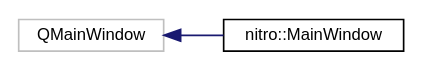
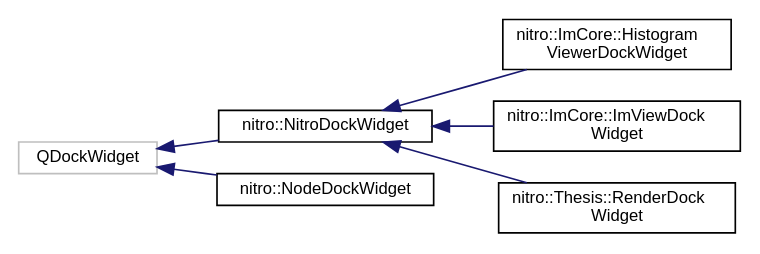
Before and after one commit to BugelNiels/nitro: the diagram in inherit_graph_8.dot, drawn with Graphviz. The commit also changed 458 other files, not shown here.

```diff
--- a/inherit_graph_8.dot
+++ b/inherit_graph_8.dot
@@ -1,10 +1,18 @@
 digraph "Graphical Class Hierarchy"
 {
  // LATEX_PDF_SIZE
   edge [fontname="Helvetica",fontsize="10",labelfontname="Helvetica",labelfontsize="10"];
   node [fontname="Helvetica",fontsize="10",shape=record];
   rankdir="LR";
-  Node86 [label="QMainWindow",height=0.2,width=0.4,color="grey75", fillcolor="white", style="filled",tooltip=" "];
-  Node86 -> Node0 [dir="back",color="midnightblue",fontsize="10",style="solid",fontname="Helvetica"];
-  Node0 [label="nitro::MainWindow",height=0.2,width=0.4,color="black", fillcolor="white", style="filled",URL="$dc/d7d/classnitro_1_1MainWindow.html",tooltip="The main window of the application. Contains the node editor, GUI dock widgets, file menu and footer."];
+  Node79 [label="QDockWidget",height=0.2,width=0.4,color="grey75", fillcolor="white", style="filled",tooltip=" "];
+  Node79 -> Node0 [dir="back",color="midnightblue",fontsize="10",style="solid",fontname="Helvetica"];
+  Node0 [label="nitro::NitroDockWidget",height=0.2,width=0.4,color="black", fillcolor="white", style="filled",URL="$de/df7/classnitro_1_1NitroDockWidget.html",tooltip="Dock widget used for custom GUI widgets. Provides basic functionality for constructing a (consistent)..."];
+  Node0 -> Node1 [dir="back",color="midnightblue",fontsize="10",style="solid",fontname="Helvetica"];
+  Node1 [label="nitro::ImCore::Histogram\lViewerDockWidget",height=0.2,width=0.4,color="black", fillcolor="white", style="filled",URL="$d7/dc4/classnitro_1_1ImCore_1_1HistogramViewerDockWidget.html",tooltip=" "];
+  Node0 -> Node2 [dir="back",color="midnightblue",fontsize="10",style="solid",fontname="Helvetica"];
+  Node2 [label="nitro::ImCore::ImViewDock\lWidget",height=0.2,width=0.4,color="black", fillcolor="white", style="filled",URL="$d8/d91/classnitro_1_1ImCore_1_1ImViewDockWidget.html",tooltip=" "];
+  Node0 -> Node3 [dir="back",color="midnightblue",fontsize="10",style="solid",fontname="Helvetica"];
+  Node3 [label="nitro::Thesis::RenderDock\lWidget",height=0.2,width=0.4,color="black", fillcolor="white", style="filled",URL="$d7/d2b/classnitro_1_1Thesis_1_1RenderDockWidget.html",tooltip=" "];
+  Node79 -> Node84 [dir="back",color="midnightblue",fontsize="10",style="solid",fontname="Helvetica"];
+  Node84 [label="nitro::NodeDockWidget",height=0.2,width=0.4,color="black", fillcolor="white", style="filled",URL="$de/db3/classnitro_1_1NodeDockWidget.html",tooltip="A dock widget used for the node editor view."];
 }
```
